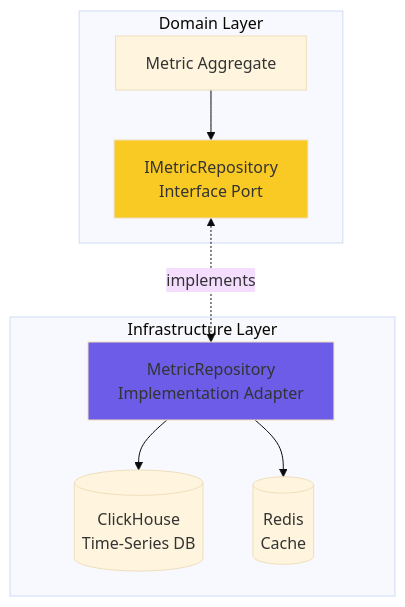
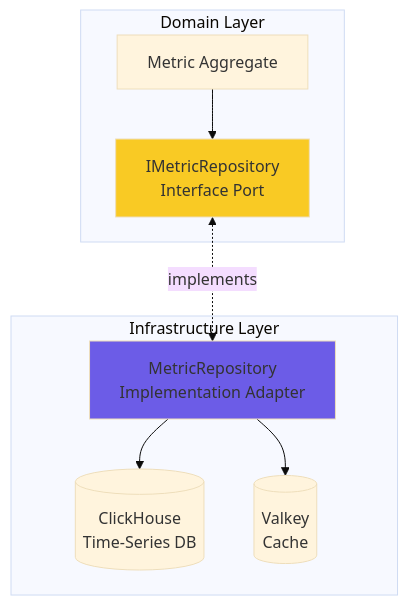
One commit to telemetryflow/telemetryflow-overview changed the tenth of 13 diagrams in backend/02-DDD-CQRS.md. Above: the diagram before and after it, drawn with Mermaid (base theme). The commit also changed 23 other files, not shown here.

First line of the commit message:
docs: relabel Redis->Valkey in architecture/diagrams/prose (follow-up sweep)

````diff
--- a/backend/02-DDD-CQRS.md
+++ b/backend/02-DDD-CQRS.md
@@ -605,21 +605,21 @@
 ```mermaid
 graph TB
     subgraph "Domain Layer"
         Agg[Metric Aggregate]
         IRepo[IMetricRepository<br/>Interface Port]
     end
 
     subgraph "Infrastructure Layer"
         Repo[MetricRepository<br/>Implementation Adapter]
         CH[(ClickHouse<br/>Time-Series DB)]
-        Cache[(Redis<br/>Cache)]
+        Cache[(Valkey<br/>Cache)]
     end
 
     Agg --> IRepo
     IRepo <-.->|implements| Repo
     Repo --> CH
     Repo --> Cache
 
     style IRepo fill:#f9ca24
     style Repo fill:#6c5ce7
 ```
````
